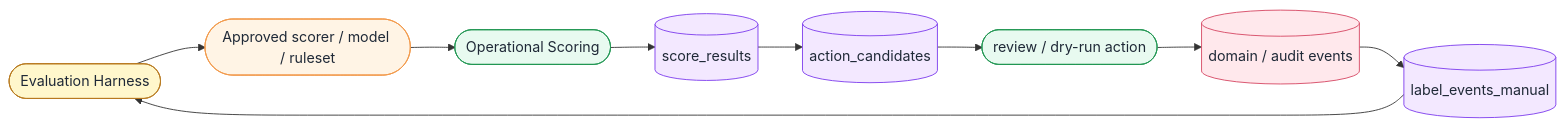
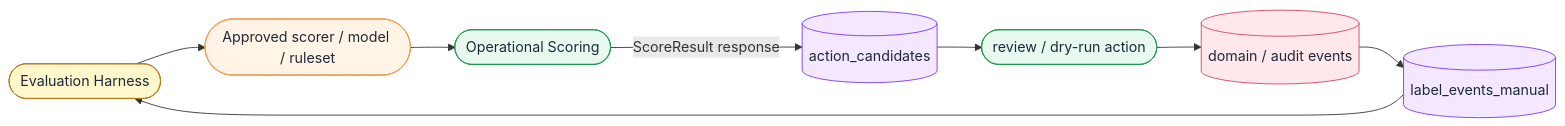
Before and after one commit to tasuku43/abuse-detection-learning: the third of 17 diagrams in docs/design/production_scoring_architecture_mermaid_ja.md, drawn with Mermaid. The commit also changed other lines of this file and 3 other files, not shown here.

Commit message:
docs: refine scoring architecture notes

````diff
--- a/docs/design/production_scoring_architecture_mermaid_ja.md
+++ b/docs/design/production_scoring_architecture_mermaid_ja.md
@@ -42,17 +96,16 @@
 ```mermaid
 flowchart LR
   classDef eval fill:#FFF7CC,stroke:#B7791F,color:#1F2937
   classDef scorer fill:#FFF4E5,stroke:#F2994A,color:#1F2937
   classDef service fill:#E8FAF0,stroke:#219653,color:#1F2937
   classDef table fill:#F3E8FF,stroke:#7C3AED,color:#1F2937
   classDef audit fill:#FFE8EC,stroke:#D64562,color:#1F2937
 
   EH([Evaluation Harness]):::eval --> SC([Approved scorer / model / ruleset]):::scorer
   SC --> PS([Operational Scoring]):::service
-  PS --> SR[(score_results)]:::table
-  SR --> AC[(action_candidates)]:::table
+  PS -->|ScoreResult response| AC[(action_candidates)]:::table
   AC --> HR([review / dry-run action]):::service
   HR --> BE[(domain / audit events)]:::audit
   BE --> LH[(label_events_manual)]:::table
   LH --> EH
 ```
````
